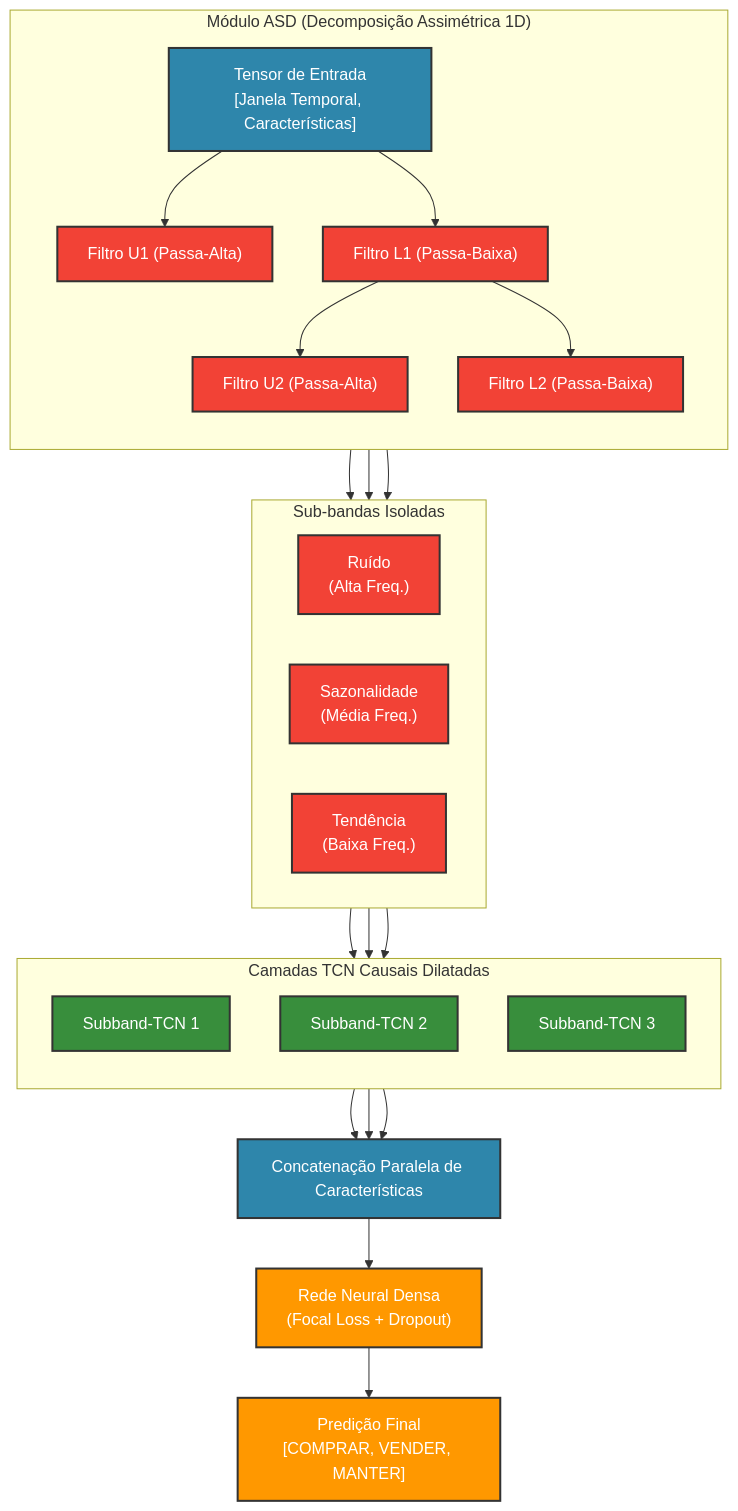
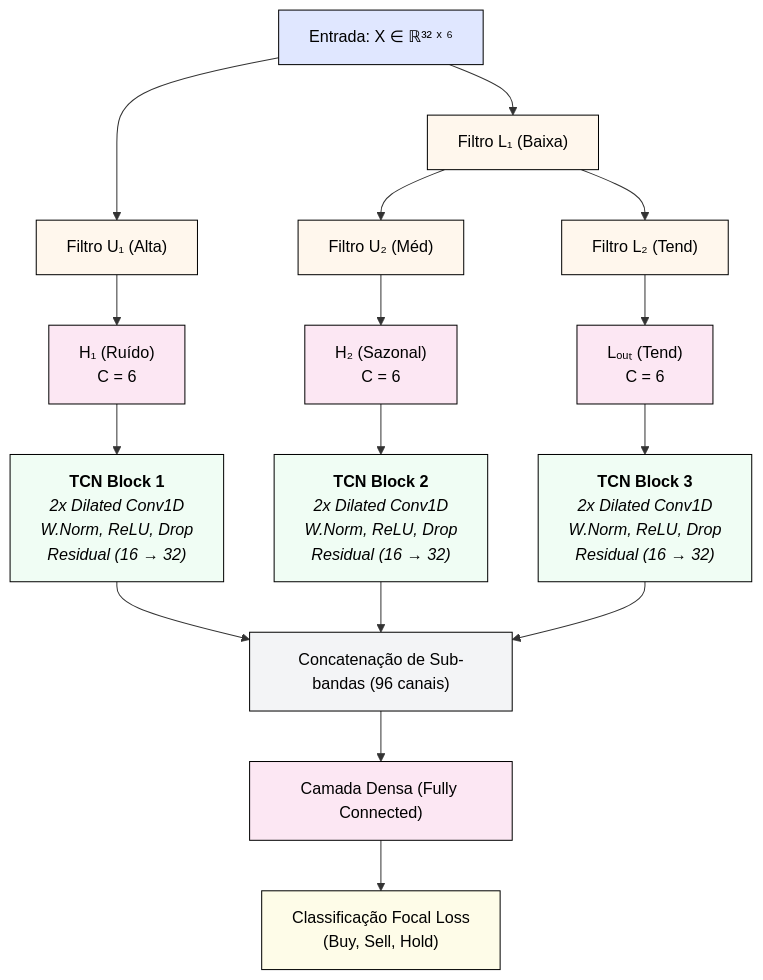
Before and after one commit to jpmsilva1/MSR_TCN: the first of 3 diagrams in README.md, drawn with Mermaid. The commit also changed other lines of this file, not shown here.

Commit message:
docs: Adapta diagramas para cores exatas das imagens do LaTeX

````diff
--- a/README.md
+++ b/README.md
@@ -48,55 +48,53 @@
 ```mermaid
 graph TD
-    classDef input fill:#2E86AB,stroke:#333,stroke-width:2px,color:#fff;
-    classDef asd fill:#F24236,stroke:#333,stroke-width:2px,color:#fff;
-    classDef tcn fill:#388E3C,stroke:#333,stroke-width:2px,color:#fff;
-    classDef output fill:#FF9800,stroke:#333,stroke-width:2px,color:#fff;
+    classDef input fill:#e0e7ff,stroke:#000,stroke-width:1px,color:#000
+    classDef filter fill:#fff7ed,stroke:#000,stroke-width:1px,color:#000
+    classDef subband fill:#fce7f3,stroke:#000,stroke-width:1px,color:#000
+    classDef tcn fill:#f0fdf4,stroke:#000,stroke-width:1px,color:#000
+    classDef concat fill:#f3f4f6,stroke:#000,stroke-width:1px,color:#000
+    classDef dense fill:#fce7f3,stroke:#000,stroke-width:1px,color:#000
+    classDef out fill:#fefce8,stroke:#000,stroke-width:1px,color:#000
 
-    Input["Tensor de Entrada\n[Janela Temporal, Características]"]:::input
-
-    subgraph "Módulo ASD (Decomposição Assimétrica 1D)"
-        direction TB
-        L1_H["Filtro U1 (Passa-Alta)"]:::asd
-        L1_L["Filtro L1 (Passa-Baixa)"]:::asd
-        L2_H["Filtro U2 (Passa-Alta)"]:::asd
-        L2_L["Filtro L2 (Passa-Baixa)"]:::asd
-
-        Input --> L1_H
-        Input --> L1_L
-        L1_L --> L2_H
-        L1_L --> L2_L
-    end
-
-    subgraph "Sub-bandas Isoladas"
-        direction LR
-        SB1["Ruído\n(Alta Freq.)"]:::asd
-        SB2["Sazonalidade\n(Média Freq.)"]:::asd
-        SB3["Tendência\n(Baixa Freq.)"]:::asd
-        
-        L1_H --> SB1
-        L2_H --> SB2
-        L2_L --> SB3
-    end
-
-    subgraph "Camadas TCN Causais Dilatadas"
-        direction TB
-        TCN1["Subband-TCN 1"]:::tcn
-        TCN2["Subband-TCN 2"]:::tcn
-        TCN3["Subband-TCN 3"]:::tcn
-
-        SB1 --> TCN1
-        SB2 --> TCN2
-        SB3 --> TCN3
-    end
-
-    Concat["Concatenação Paralela de Características"]:::input
-    TCN1 --> Concat
-    TCN2 --> Concat
-    TCN3 --> Concat
-
-    FC["Rede Neural Densa\n(Focal Loss + Dropout)"]:::output
-    Concat --> FC
-
-    Out["Predição Final\n[COMPRAR, VENDER, MANTER]"]:::output
-    FC --> Out
+    IN["Entrada: X ∈ ℝ³² ˣ ⁶"]:::input
+    
+    U1["Filtro U₁ (Alta)"]:::filter
+    L1["Filtro L₁ (Baixa)"]:::filter
+    
+    IN --> U1
+    IN --> L1
+    
+    U2["Filtro U₂ (Méd)"]:::filter
+    L2["Filtro L₂ (Tend)"]:::filter
+    
+    L1 --> U2
+    L1 --> L2
+    
+    H1["H₁ (Ruído)<br/>C = 6"]:::subband
+    H2["H₂ (Sazonal)<br/>C = 6"]:::subband
+    Lout["Lₒᵤₜ (Tend)<br/>C = 6"]:::subband
+    
+    U1 --> H1
+    U2 --> H2
+    L2 --> Lout
+    
+    TCN1["<b>TCN Block 1</b><br/><i>2x Dilated Conv1D</i><br/><i>W.Norm, ReLU, Drop</i><br/><i>Residual (16 → 32)</i>"]:::tcn
+    TCN2["<b>TCN Block 2</b><br/><i>2x Dilated Conv1D</i><br/><i>W.Norm, ReLU, Drop</i><br/><i>Residual (16 → 32)</i>"]:::tcn
+    TCN3["<b>TCN Block 3</b><br/><i>2x Dilated Conv1D</i><br/><i>W.Norm, ReLU, Drop</i><br/><i>Residual (16 → 32)</i>"]:::tcn
+    
+    H1 --> TCN1
+    H2 --> TCN2
+    Lout --> TCN3
+    
+    CON["Concatenação de Sub-bandas (96 canais)"]:::concat
+    
+    TCN1 --> CON
+    TCN2 --> CON
+    TCN3 --> CON
+    
+    DEN["Camada Densa (Fully Connected)"]:::dense
+    
+    OUT["Classificação Focal Loss<br/>(Buy, Sell, Hold)"]:::out
+    
+    CON --> DEN
+    DEN --> OUT
 ```
````
